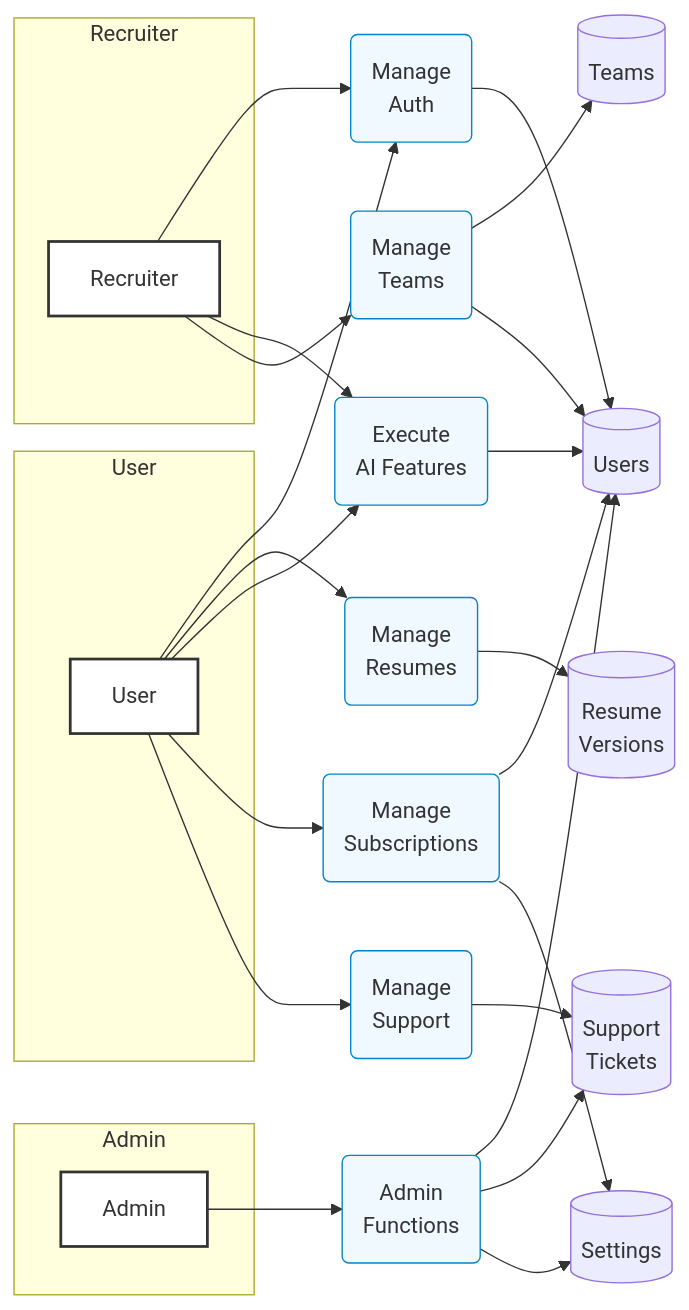
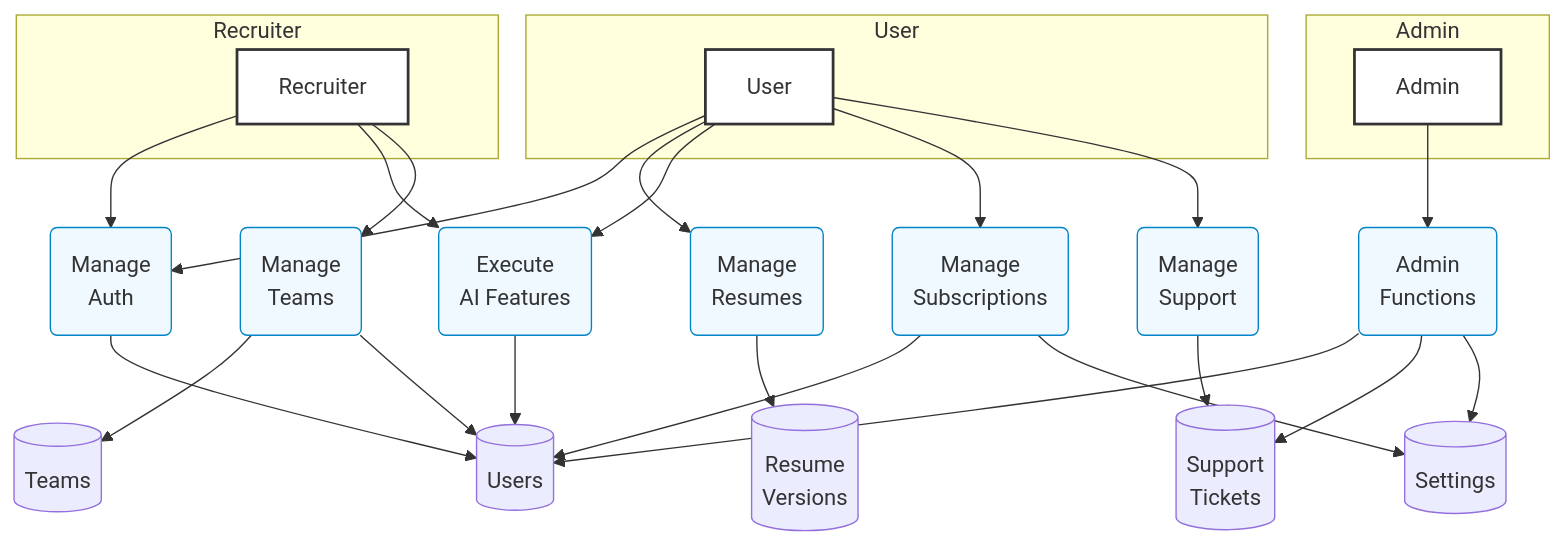
Before and after one commit to Hit246/carrercraftai: the second of 3 diagrams in PROJECT_REPORT.md, drawn with Mermaid. The commit also changed other lines of this file, not shown here.

Commit message:
this format in top-down way graph LR     subgraph User         U[User]

````diff
--- a/PROJECT_REPORT.md
+++ b/PROJECT_REPORT.md
@@ -245,53 +245,52 @@
 ```mermaid
-graph LR
+graph TD
     subgraph User
         U[User]
     end
     
     subgraph Recruiter
         R[Recruiter]
     end
     
     subgraph Admin
         A[Admin]
     end
 
     P1(Manage<br>Auth)
     P2(Manage<br>Resumes)
     P3(Execute<br>AI Features)
     P4(Manage<br>Subscriptions)
     P5(Manage<br>Support)
     P7(Manage<br>Teams)
     P6(Admin<br>Functions)
 
     D1[("Users")]
     D2[("Resume<br>Versions")]
     D3[("Support<br>Tickets")]
     D4[("Settings")]
     D5[("Teams")]
 
     U --> P1 & P2 & P3 & P4 & P5
     R --> P1 & P3 & P7
     A --> P6
 
     P1 --> D1
     P2 --> D2
     P3 --> D1
-    P4 --> D1
-    P4 --> D4
+    P4 --> D1 & D4
     P5 --> D3
     P7 --> D5 & D1
     P6 --> D1 & D3 & D4
 
     style U fill:#fff,stroke:#333,stroke-width:2px
     style R fill:#fff,stroke:#333,stroke-width:2px
     style A fill:#fff,stroke:#333,stroke-width:2px
 
     style P1 fill:#f0f9ff,stroke:#0284c7
     style P2 fill:#f0f9ff,stroke:#0284c7
     style P3 fill:#f0f9ff,stroke:#0284c7
     style P4 fill:#f0f9ff,stroke:#0284c7
     style P5 fill:#f0f9ff,stroke:#0284c7
     style P6 fill:#f0f9ff,stroke:#0284c7
     style P7 fill:#f0f9ff,stroke:#0284c7
 ```
````
